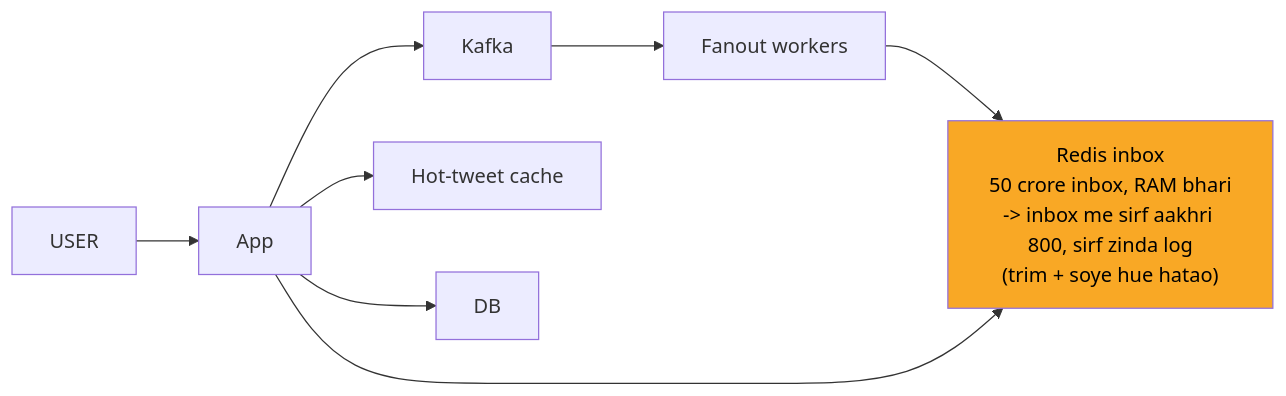
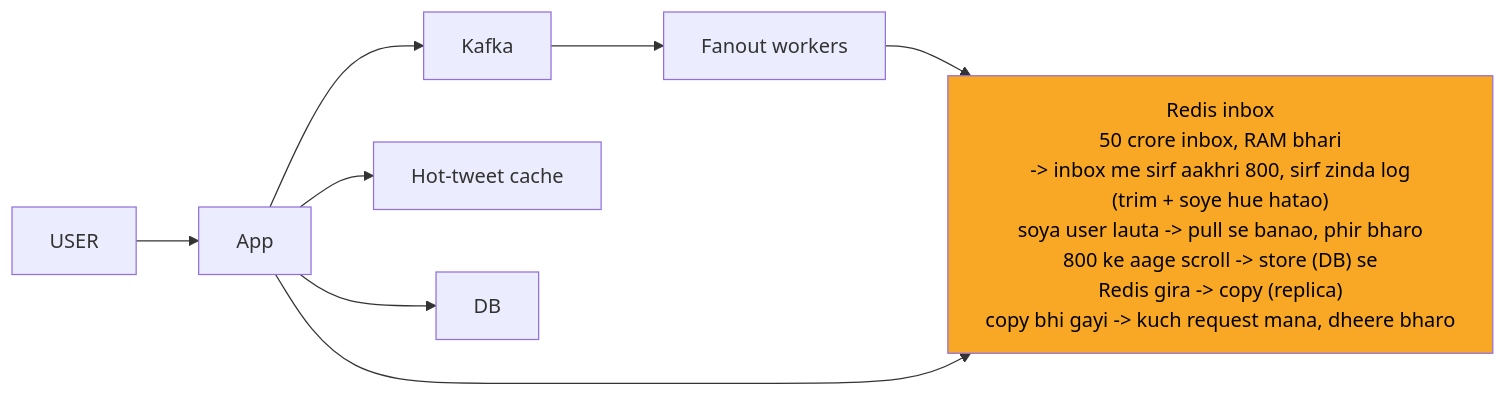
Before and after one commit to ArpanMaheshwari144/Prep: the sixth of 12 diagrams in 04_HLD/SYSTEM_DESIGNS/03_twitter_feed/03_twitter_feed.md, drawn with Mermaid. The commit also changed other lines of this file and 12 other files, not shown here.

Commit message:
hld 02-14: peele dabbe me SAFAR ke mod + diagram chauda (wrappingWidth 450)

````diff
--- a/04_HLD/SYSTEM_DESIGNS/03_twitter_feed/03_twitter_feed.md
+++ b/04_HLD/SYSTEM_DESIGNS/03_twitter_feed/03_twitter_feed.md
@@ -258,18 +263,19 @@
 ```mermaid
+%%{init: {"flowchart": {"wrappingWidth": 450}}}%%
 flowchart LR
     n_USER["USER"]
     n_App["App"]
     n_Kafka["Kafka"]
     n_Fanout_workers["Fanout workers"]
-    n_Redis_inbox["Redis inbox<br/>50 crore inbox, RAM bhari<br/>-> inbox me sirf aakhri 800, sirf zinda log<br/>(trim + soye hue hatao)"]
+    n_Redis_inbox["Redis inbox<br/>50 crore inbox, RAM bhari<br/>-> inbox me sirf aakhri 800, sirf zinda log<br/>(trim + soye hue hatao)<br/>soya user lauta -> pull se banao, phir bharo<br/>800 ke aage scroll -> store (DB) se<br/>Redis gira -> copy (replica)<br/>copy bhi gayi -> kuch request mana, dheere bharo"]
     n_Hot_tweet_cache["Hot-tweet cache"]
     n_DB["DB"]
     n_USER --> n_App
     n_App --> n_Kafka
     n_App --> n_Hot_tweet_cache
     n_App --> n_DB
     n_Kafka --> n_Fanout_workers
     n_Fanout_workers --> n_Redis_inbox
     n_App --> n_Redis_inbox
     style n_Redis_inbox fill:#f9a825,color:#000
 ```
````
